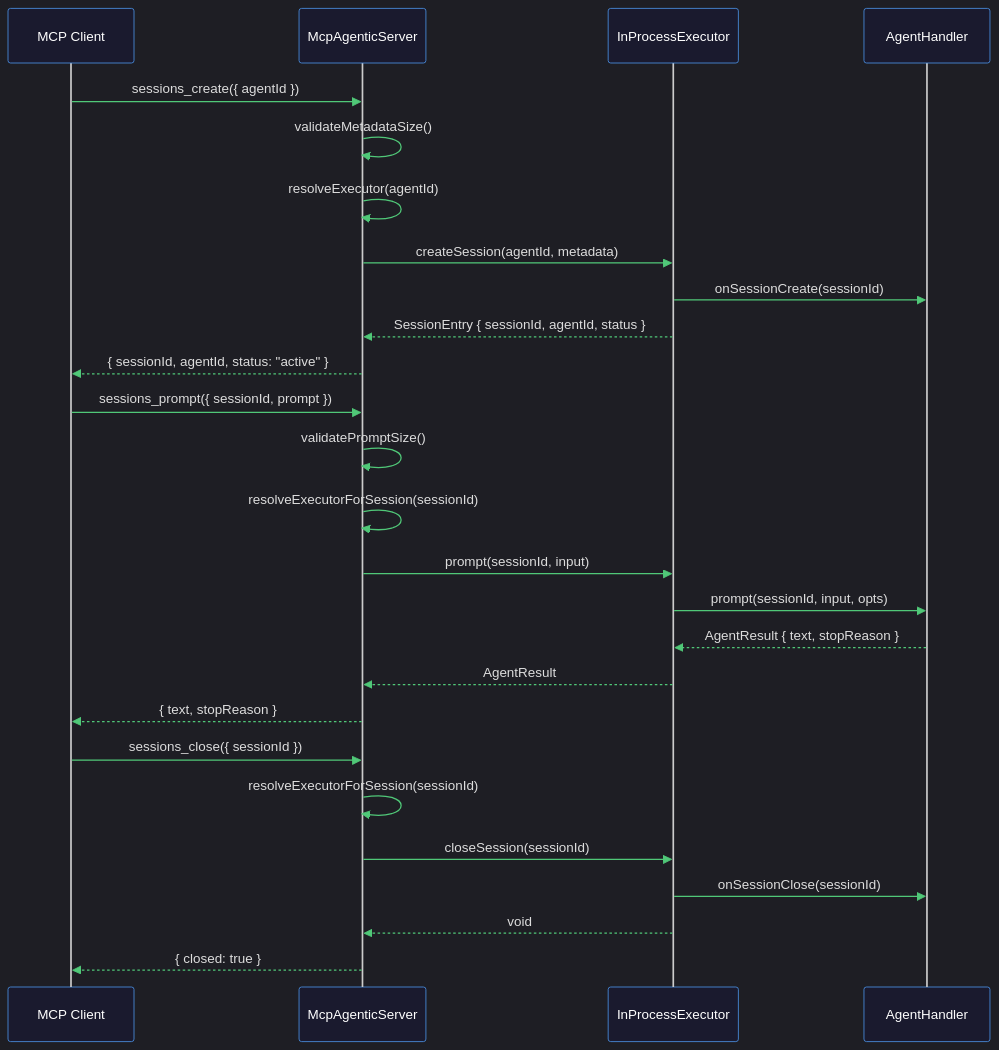
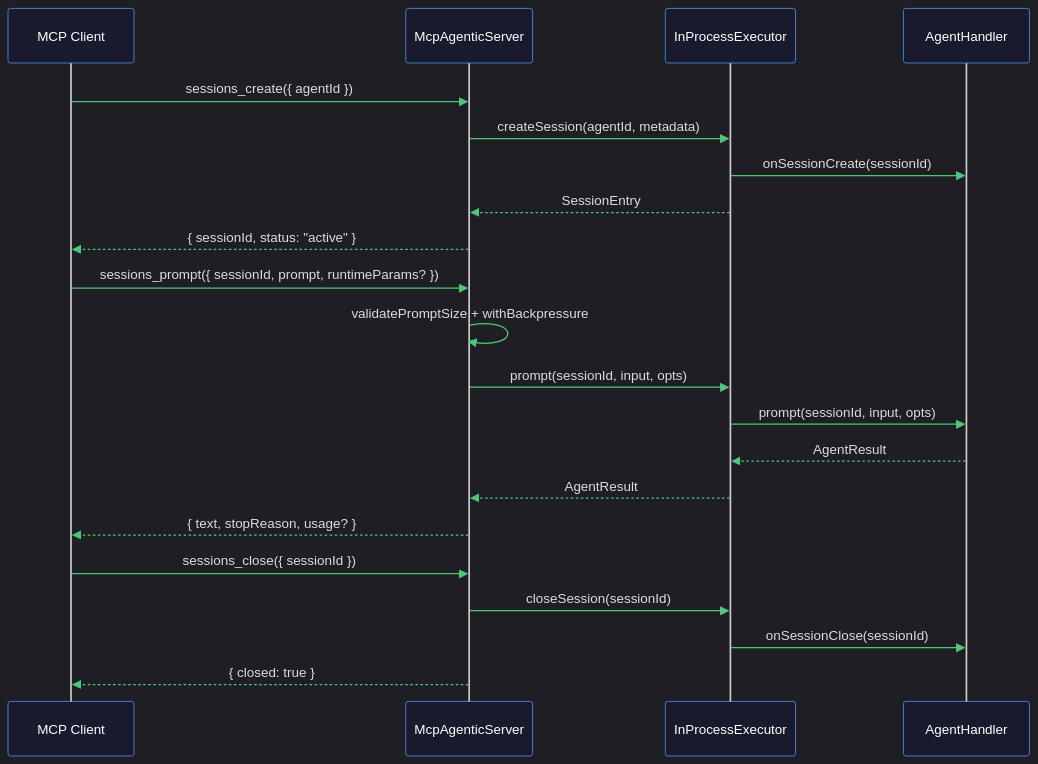
Before and after one commit to stdiobus/mcp-agentic: the second of 5 diagrams in README.md, drawn with Mermaid. The commit also changed other lines of this file, not shown here.

First line of the commit message:
docs: update README with expanded features and usage examples

````diff
--- a/README.md
+++ b/README.md
@@ -294,32 +425,27 @@
 ```mermaid
-%%{init: {'theme':'dark', 'themeVariables':{'actorBkg':'#1a1a2e','actorBorder':'#4a90e2','actorTextColor':'#fff','signalColor':'#50c878','signalTextColor':'#ddd','noteBkgColor':'#16213e','noteTextColor':'#fff','noteBorderColor':'#e67e22','activationBkgColor':'#0f3460','activationBorderColor':'#9b59b6','sequenceNumberColor':'#f39c12'}}}%%
+%%{init: {'theme':'dark', 'themeVariables':{'actorBkg':'#1a1a2e','actorBorder':'#4a90e2','actorTextColor':'#fff','signalColor':'#50c878','signalTextColor':'#ddd','noteBkgColor':'#16213e','noteTextColor':'#fff','noteBorderColor':'#e67e22','activationBkgColor':'#0f3460','activationBorderColor':'#9b59b6'}}}%%
 sequenceDiagram
     participant C as MCP Client
     participant S as McpAgenticServer
     participant E as InProcessExecutor
     participant A as AgentHandler
 
     C->>S: sessions_create({ agentId })
-    S->>S: validateMetadataSize()
-    S->>S: resolveExecutor(agentId)
     S->>E: createSession(agentId, metadata)
     E->>A: onSessionCreate(sessionId)
-    E-->>S: SessionEntry { sessionId, agentId, status }
-    S-->>C: { sessionId, agentId, status: "active" }
+    E-->>S: SessionEntry
+    S-->>C: { sessionId, status: "active" }
 
-    C->>S: sessions_prompt({ sessionId, prompt })
-    S->>S: validatePromptSize()
-    S->>S: resolveExecutorForSession(sessionId)
-    S->>E: prompt(sessionId, input)
+    C->>S: sessions_prompt({ sessionId, prompt, runtimeParams? })
+    S->>S: validatePromptSize + withBackpressure
+    S->>E: prompt(sessionId, input, opts)
     E->>A: prompt(sessionId, input, opts)
-    A-->>E: AgentResult { text, stopReason }
+    A-->>E: AgentResult
     E-->>S: AgentResult
-    S-->>C: { text, stopReason }
+    S-->>C: { text, stopReason, usage? }
 
     C->>S: sessions_close({ sessionId })
-    S->>S: resolveExecutorForSession(sessionId)
     S->>E: closeSession(sessionId)
     E->>A: onSessionClose(sessionId)
-    E-->>S: void
     S-->>C: { closed: true }
 ```
````
